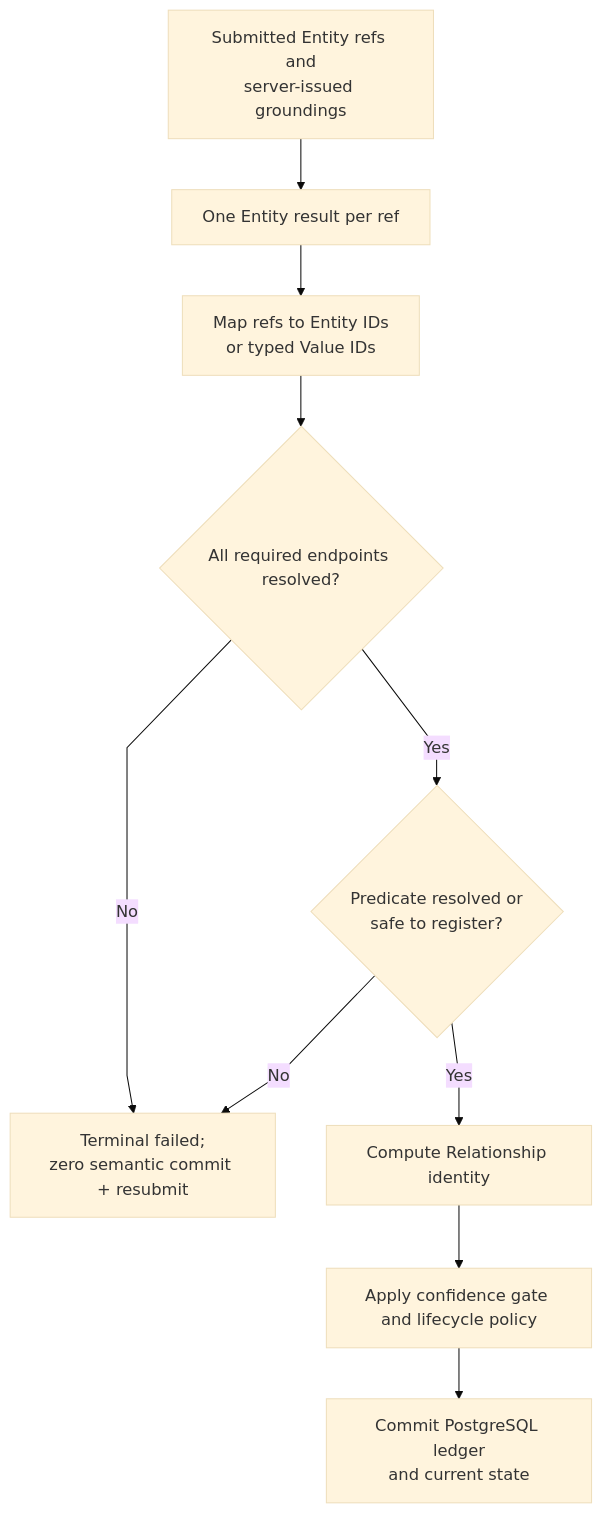
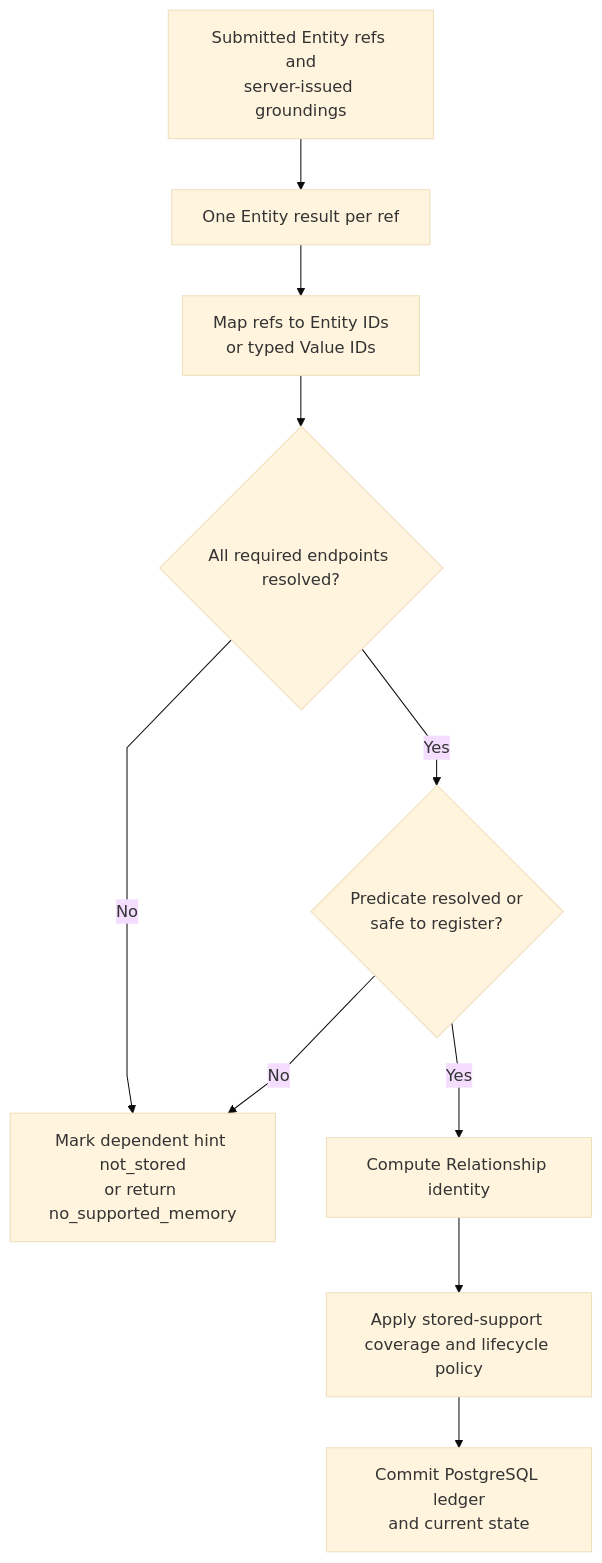
Before and after one commit to markhuangai/dense-mem: the sixth of 7 diagrams in Entity-Identity-And-Resolution.md, drawn with Mermaid (base theme). The commit also changed other lines of this file and 17 other files, not shown here.

````diff
--- a/Entity-Identity-And-Resolution.md
+++ b/Entity-Identity-And-Resolution.md
@@ -296,13 +305,13 @@
 ```mermaid
 %%{init: {"flowchart": {"curve": "linear"}}}%%
 flowchart TD
   Refs["Submitted Entity refs and<br/>server-issued groundings"] --> Results["One Entity result per ref"]
   Results --> Map["Map refs to Entity IDs<br/>or typed Value IDs"]
   Map --> Ready{"All required endpoints resolved?"}
-  Ready -- No --> Hold["Terminal failed;<br/>zero semantic commit + resubmit"]
+  Ready -- No --> Omit["Mark dependent hint not_stored<br/>or return no_supported_memory"]
   Ready -- Yes --> Predicate{"Predicate resolved or<br/>safe to register?"}
-  Predicate -- No --> Hold
+  Predicate -- No --> Omit
   Predicate -- Yes --> Identity["Compute Relationship identity"]
-  Identity --> Policy["Apply confidence gate and lifecycle policy"]
+  Identity --> Policy["Apply stored-support coverage and lifecycle policy"]
   Policy --> Commit["Commit PostgreSQL ledger<br/>and current state"]
 ```
````
